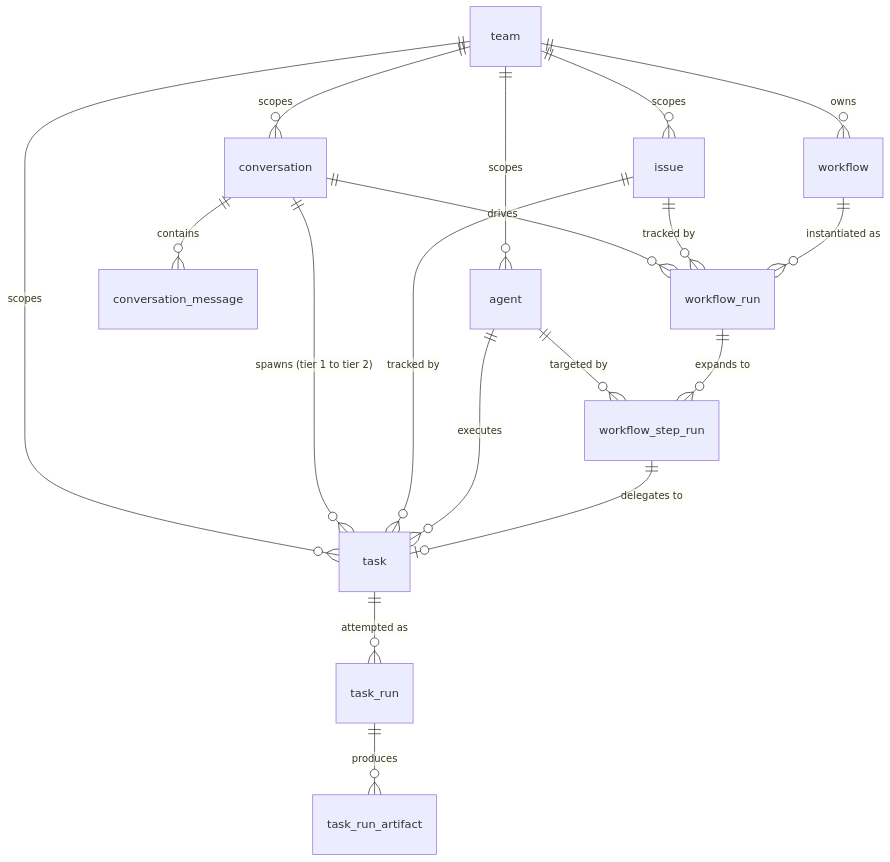
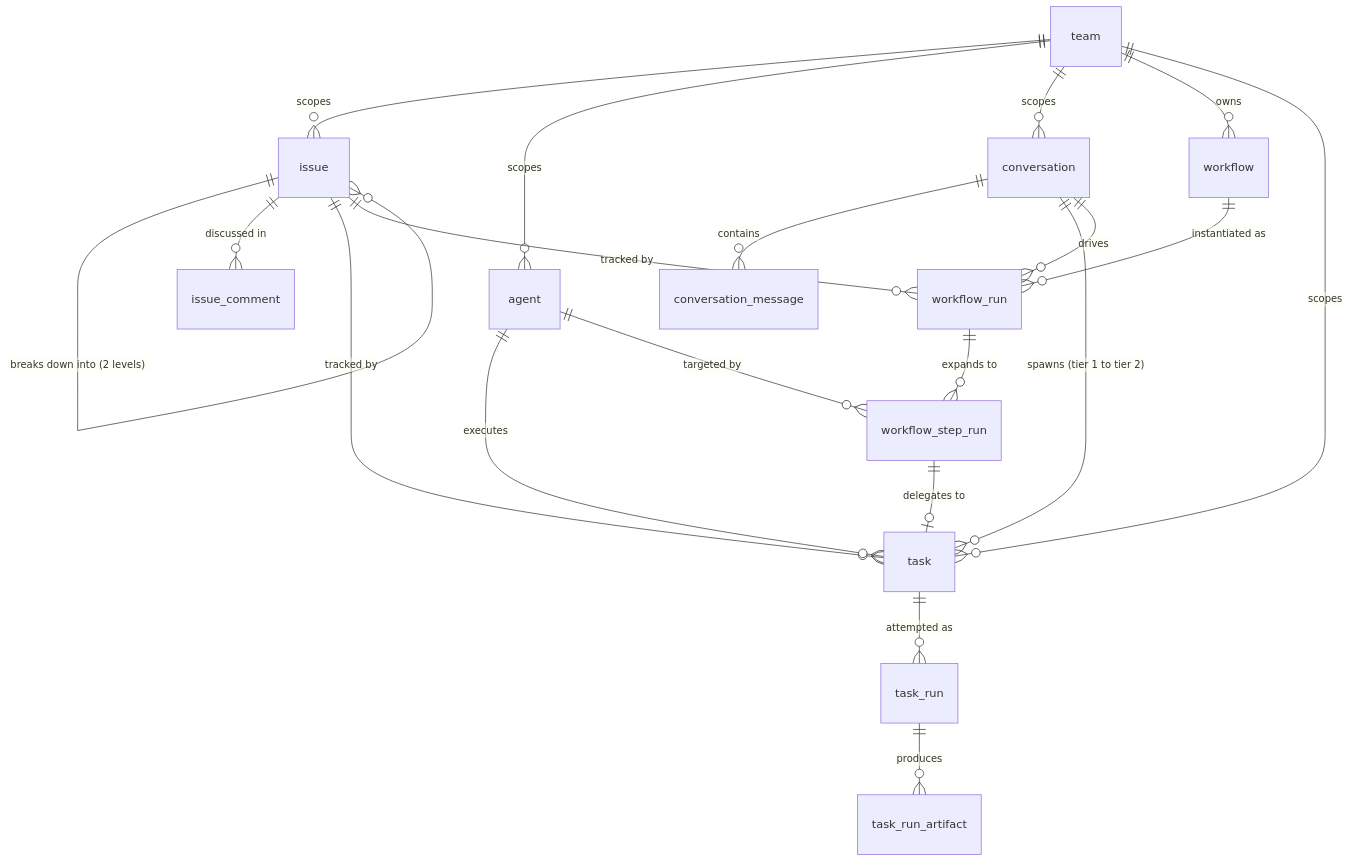
Before and after one commit to gougoujiang/buildmax: the first of 2 diagrams in docs/contribute/architecture/data-model.md, drawn with Mermaid. The commit also changed other lines of this file and 36 other files, not shown here.

````diff
--- a/docs/contribute/architecture/data-model.md
+++ b/docs/contribute/architecture/data-model.md
@@ -70,25 +70,27 @@
 ```mermaid
 erDiagram
     team ||--o{ issue : scopes
     team ||--o{ agent : scopes
     team ||--o{ conversation : scopes
     team ||--o{ workflow : owns
     team ||--o{ task : scopes
 
     conversation ||--o{ conversation_message : contains
     conversation ||--o{ task : "spawns (tier 1 to tier 2)"
     conversation ||--o{ workflow_run : drives
 
+    issue ||--o{ issue : "breaks down into (2 levels)"
+    issue ||--o{ issue_comment : "discussed in"
     issue ||--o{ task : "tracked by"
     issue ||--o{ workflow_run : "tracked by"
 
     agent ||--o{ task : executes
     agent ||--o{ workflow_step_run : "targeted by"
 
     task ||--o{ task_run : "attempted as"
     task_run ||--o{ task_run_artifact : produces
 
     workflow ||--o{ workflow_run : "instantiated as"
     workflow_run ||--o{ workflow_step_run : "expands to"
     workflow_step_run ||--o| task : "delegates to"
 ```
````
